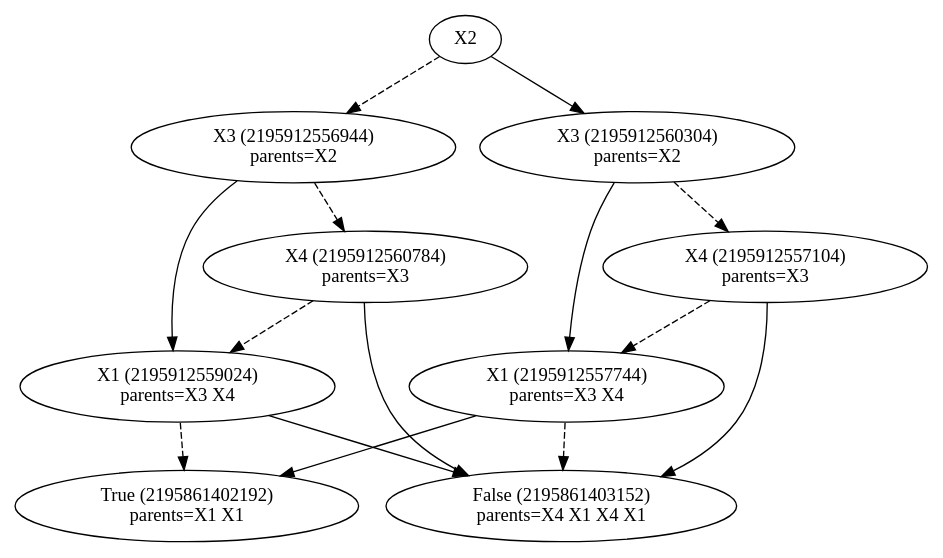
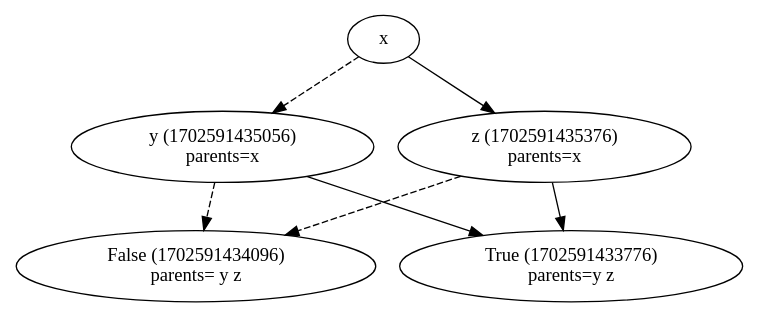
Before and after one commit to O1ez/IncreasingResilienceOfAutomatedVehicles: the diagram in out/united_reduced.dot, drawn with Graphviz. The commit also changed 14 other files, not shown here.

```diff
--- a/out/united_reduced.dot
+++ b/out/united_reduced.dot
@@ -1,29 +1,13 @@
-digraph{2195861404112[label=X2]2195912556944[label="X3 (2195912556944) \nparents=X2"]
-2195861404112 -> 2195912556944[style=dashed label="" fontcolor = gray]
-2195912560784[label="X4 (2195912560784) \nparents=X3"]
-2195912556944 -> 2195912560784[style=dashed label="" fontcolor = gray]
-2195912559024[label="X1 (2195912559024) \nparents=X3 X4"]
-2195912560784 -> 2195912559024[style=dashed label="" fontcolor = gray]
-2195861402192[label="True (2195861402192) \nparents= X1 X1"]
-2195912559024 -> 2195861402192[style=dashed label="" fontcolor = gray]
-2195861403152[label="False (2195861403152)\nparents=X4 X1 X4 X1"]
-2195912559024 -> 2195861403152 [label="" fontcolor = gray]
-2195861403152[label="False (2195861403152)\nparents=X4 X1 X4 X1"]
-2195912560784 -> 2195861403152 [label="" fontcolor = gray]
-2195912559024[label="X1 (2195912559024)\nparents=X3 X4"]
-2195912556944 -> 2195912559024 [label="" fontcolor = gray]
-2195912560304[label="X3 (2195912560304)\nparents=X2"]
-2195861404112 -> 2195912560304 [label="" fontcolor = gray]
-2195912557104[label="X4 (2195912557104) \nparents=X3"]
-2195912560304 -> 2195912557104[style=dashed label="" fontcolor = gray]
-2195912557744[label="X1 (2195912557744) \nparents=X3 X4"]
-2195912557104 -> 2195912557744[style=dashed label="" fontcolor = gray]
-2195861403152[label="False (2195861403152) \nparents= X4 X1 X4 X1"]
-2195912557744 -> 2195861403152[style=dashed label="" fontcolor = gray]
-2195861402192[label="True (2195861402192)\nparents=X1 X1"]
-2195912557744 -> 2195861402192 [label="" fontcolor = gray]
-2195861403152[label="False (2195861403152)\nparents=X4 X1 X4 X1"]
-2195912557104 -> 2195861403152 [label="" fontcolor = gray]
-2195912557744[label="X1 (2195912557744)\nparents=X3 X4"]
-2195912560304 -> 2195912557744 [label="" fontcolor = gray]
+digraph{1702591432016[label=x]1702591435056[label="y (1702591435056) \nparents=x"]
+1702591432016 -> 1702591435056[style=dashed label="" fontcolor = gray]
+1702591434096[label="False (1702591434096) \nparents= y z"]
+1702591435056 -> 1702591434096[style=dashed label="" fontcolor = gray]
+1702591433776[label="True (1702591433776)\nparents=y z"]
+1702591435056 -> 1702591433776 [label="" fontcolor = gray]
+1702591435376[label="z (1702591435376)\nparents=x"]
+1702591432016 -> 1702591435376 [label="" fontcolor = gray]
+1702591434096[label="False (1702591434096) \nparents= y z"]
+1702591435376 -> 1702591434096[style=dashed label="" fontcolor = gray]
+1702591433776[label="True (1702591433776)\nparents=y z"]
+1702591435376 -> 1702591433776 [label="" fontcolor = gray]
 }
```
